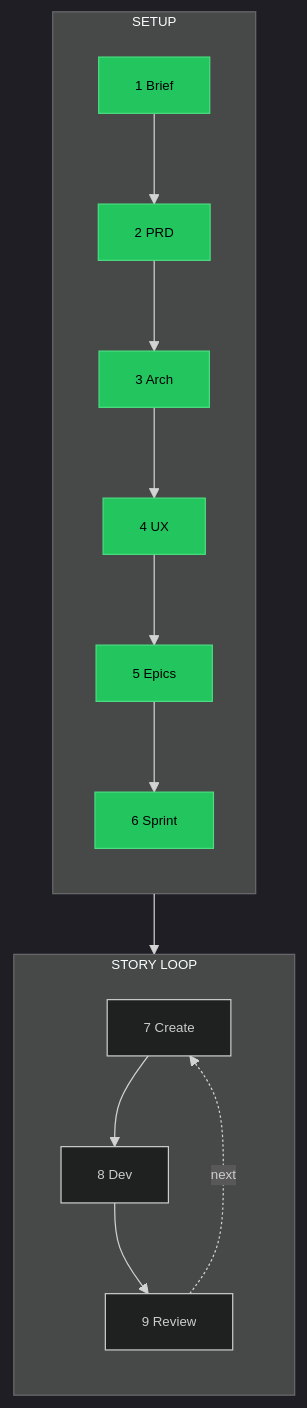
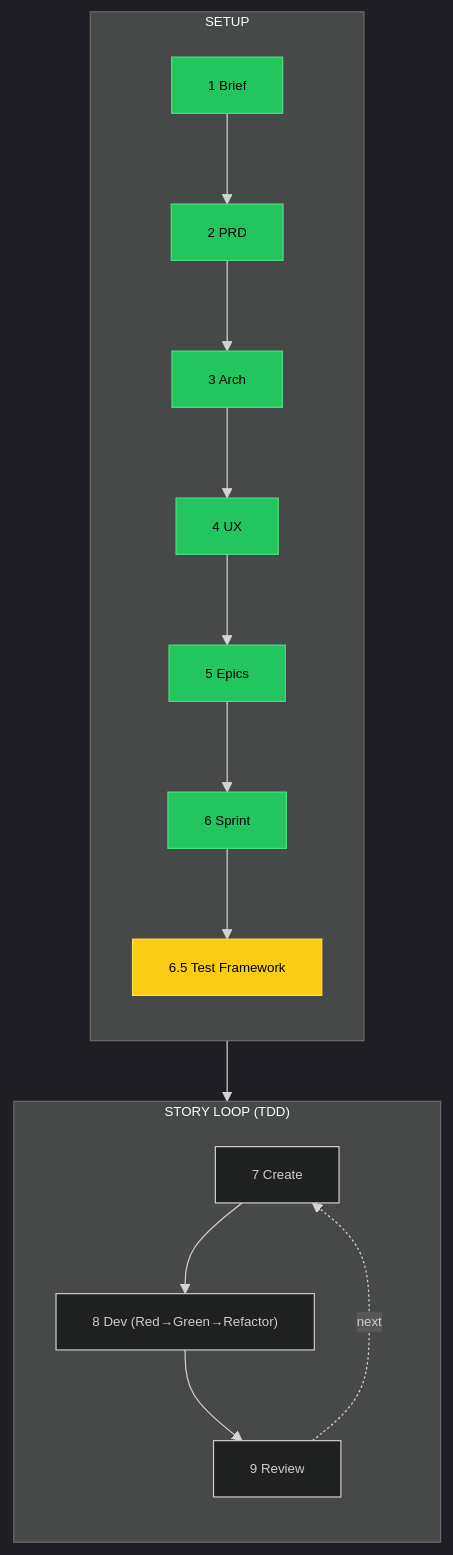
The diagram in docs/BMAD-TIMELINE.md (mgerasolo/the-keep), drawn with Mermaid before and after one commit. The commit also changed other lines of this file and 29 other files, not shown here.

First line of the commit message:
feat: initialize Next.js 15 project with TDD testing framework

````diff
--- a/docs/BMAD-TIMELINE.md
+++ b/docs/BMAD-TIMELINE.md
@@ -10,32 +10,34 @@
 ```mermaid
 %%{init: {'theme': 'dark', 'themeVariables': { 'fontSize': '11px'}}}%%
 flowchart TB
     subgraph SETUP["SETUP"]
         direction TB
         S1["1 Brief"]
         S2["2 PRD"]
         S3["3 Arch"]
         S4["4 UX"]
         S5["5 Epics"]
         S6["6 Sprint"]
-        S1 --> S2 --> S3 --> S4 --> S5 --> S6
+        S7["6.5 Test Framework"]
+        S1 --> S2 --> S3 --> S4 --> S5 --> S6 --> S7
     end
 
-    subgraph LOOP["STORY LOOP"]
+    subgraph LOOP["STORY LOOP (TDD)"]
         direction TB
         L7["7 Create"]
-        L8["8 Dev"]
+        L8["8 Dev (Red→Green→Refactor)"]
         L9["9 Review"]
         L7 --> L8 --> L9
         L9 -.->|next| L7
     end
 
-    S6 --> LOOP
+    S7 --> LOOP
 
     style S1 fill:#22c55e,stroke:#4ade80,color:#000
     style S2 fill:#22c55e,stroke:#4ade80,color:#000
     style S3 fill:#22c55e,stroke:#4ade80,color:#000
     style S4 fill:#22c55e,stroke:#4ade80,color:#000
     style S5 fill:#22c55e,stroke:#4ade80,color:#000
     style S6 fill:#22c55e,stroke:#4ade80,color:#000
+    style S7 fill:#facc15,stroke:#fde047,color:#000
 ```
````
